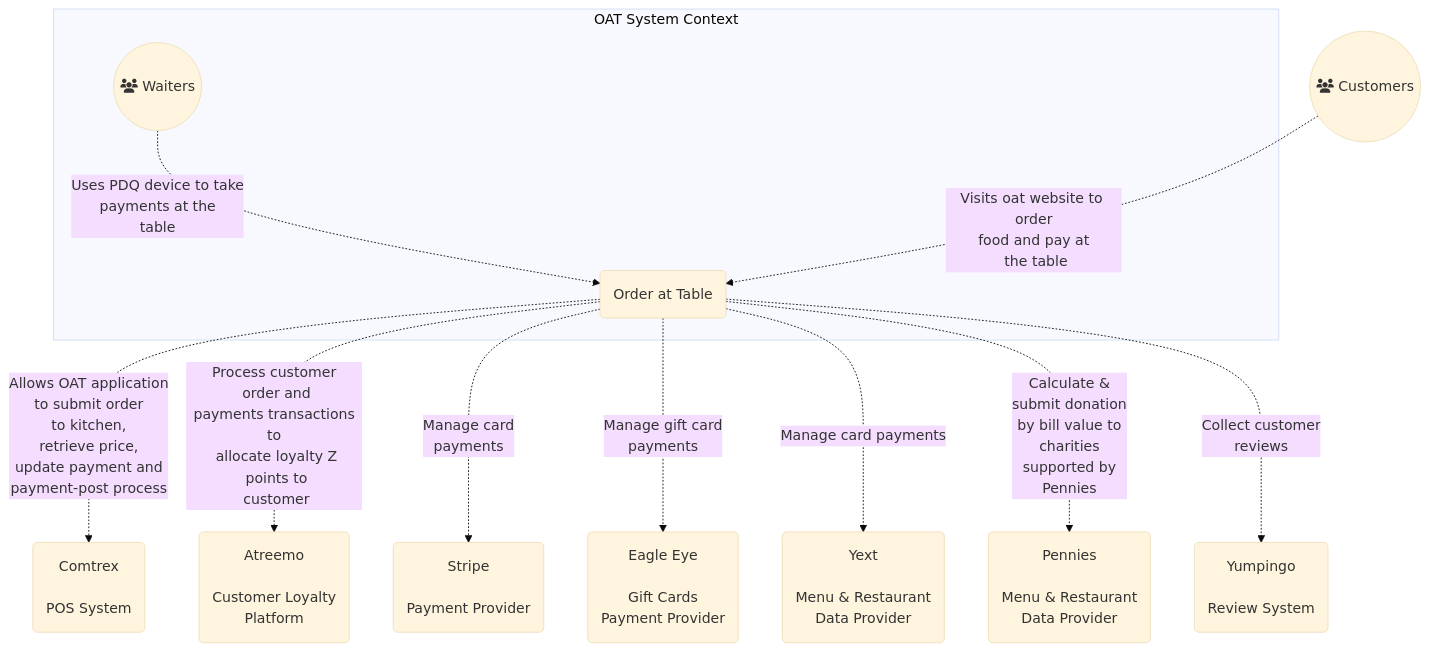
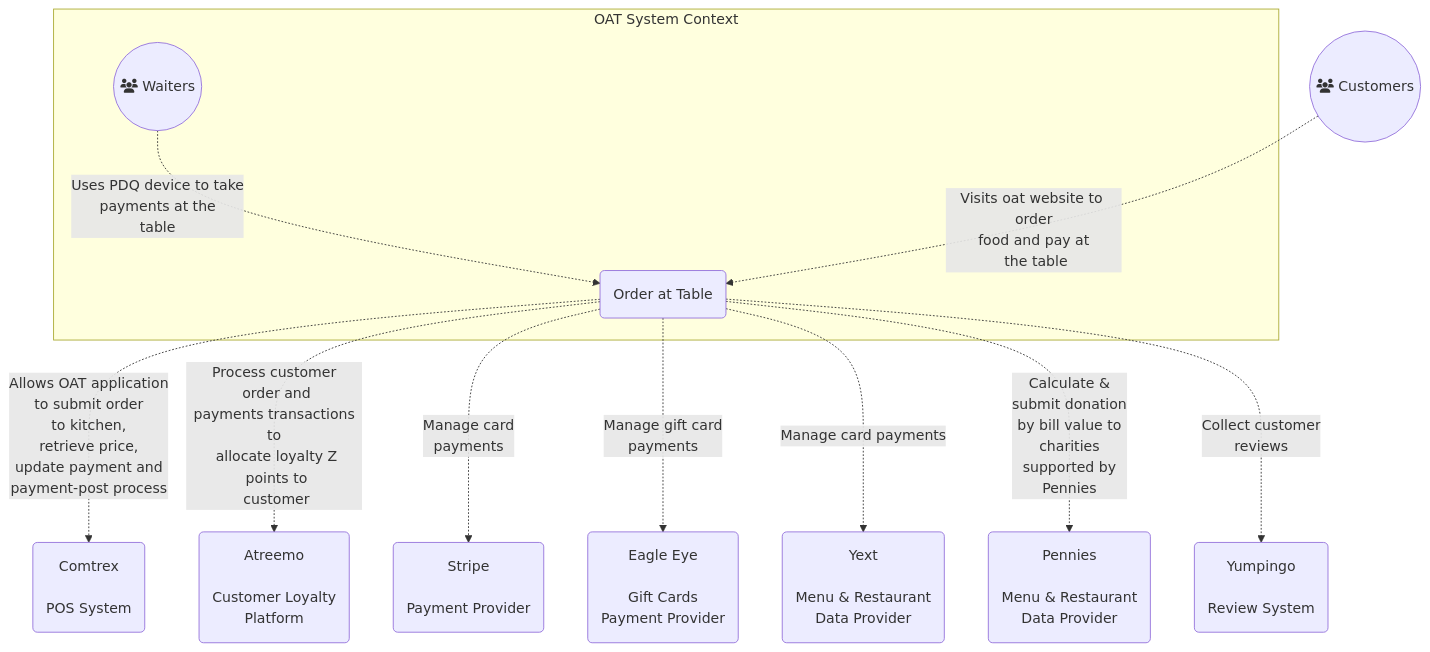
Before and after one commit to anandakumarpalanisamy/css-recipes: the first of 5 diagrams in README.md, drawn with Mermaid.

````diff
--- a/README.md
+++ b/README.md
@@ -3,16 +3,16 @@
 ```mermaid
-%%{init: {'theme':'base'}}%%
+%%{init: {'theme':'base','themeVariables': { 'lineColor': '#ffffff', }}}%%
 graph TB
     subgraph SystemContext [OAT System Context]
     Waiter((fa:fa-users Waiters)) -. "Uses PDQ device to take<br/>payments at the<br/>table" .-> OAT(Order at Table)
     end
 
     Customer((fa:fa-users Customers)) -. "Visits oat website to order<br/>food and pay at<br/> the table" .-> OAT(Order at Table)
     OAT(Order at Table) -. "Allows OAT application<br/> to submit order<br/> to kitchen,<br/> retrieve price,<br/> update payment and<br/> payment-post process" .-> Comtrex(Comtrex<br/></br/>POS System )
     OAT(Order at Table) -. "Process customer<br/> order and<br/> payments transactions to<br/> allocate loyalty Z<br/> points to<br/> customer" .-> Atreemo(Atreemo <br/><br/> Customer Loyalty <br/> Platform)
     OAT(Order at Table) -. "Manage card<br/> payments" .-> Stripe(Stripe <br/><br/> Payment Provider)
     OAT(Order at Table) -. "Manage gift card<br/> payments" .-> EagleEye(Eagle Eye <br/><br/> Gift Cards<br/> Payment Provider)
     OAT(Order at Table) -. "Manage card payments" .-> Yext(Yext <br/><br/> Menu & Restaurant<br> Data Provider)
     OAT(Order at Table) -. "Calculate &<br/> submit donation<br/> by bill value to<br/> charities<br/> supported by<br/> Pennies" .-> Pennies(Pennies <br/><br/> Menu & Restaurant<br> Data Provider)
     OAT(Order at Table) -. "Collect customer<br/> reviews" .-> Yumpingo(Yumpingo <br/><br/> Review System)
 ```
````
